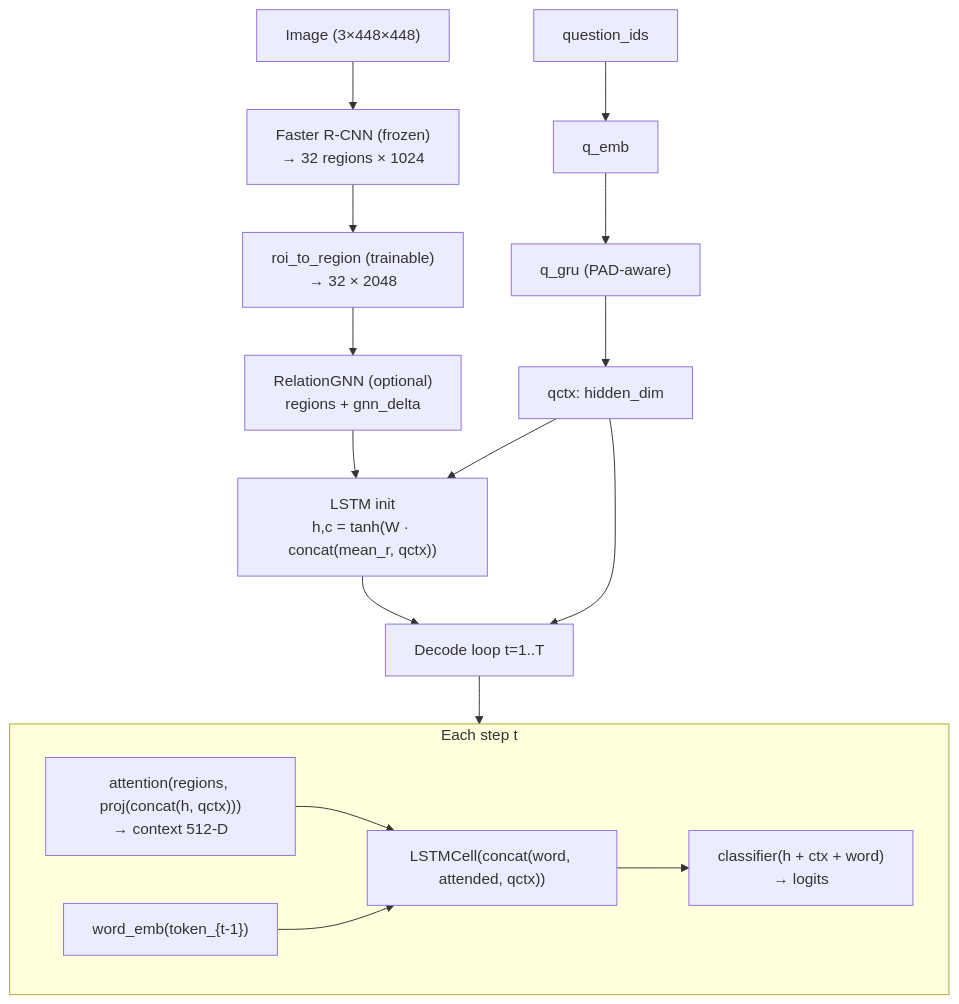
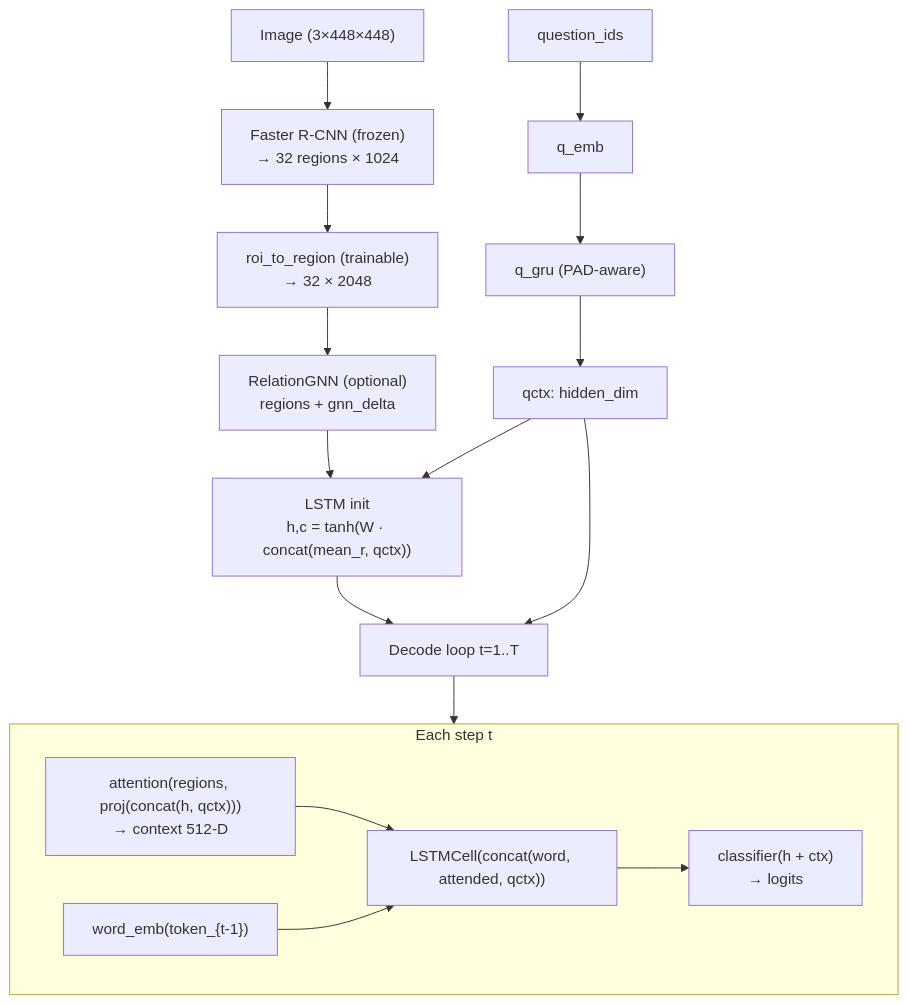
One commit to MahdiRuzmeh/ImageCaptioningImprovedVisualQuestionAnswering changed the second of 3 diagrams in architecture/ARCHITECTURE.en.md. Above: the diagram before and after it, drawn with Mermaid. The commit also changed 3 other files, not shown here.

````diff
--- a/architecture/ARCHITECTURE.en.md
+++ b/architecture/ARCHITECTURE.en.md
@@ -72,29 +72,29 @@
 ```mermaid
 flowchart TB
     IMG["Image (3×448×448)"]
     FRCNN["Faster R-CNN (frozen)\n→ 32 regions × 1024"]
     ROI["roi_to_region (trainable)\n→ 32 × 2048"]
     GNN["RelationGNN (optional)\nregions + gnn_delta"]
     INIT["LSTM init\nh,c = tanh(W · concat(mean_r, qctx))"]
     Q["question_ids"]
     QEMB["q_emb"]
     QGRU["q_gru (PAD-aware)"]
     QCTX["qctx: hidden_dim"]
     LOOP["Decode loop t=1..T"]
 
     IMG --> FRCNN --> ROI --> GNN --> INIT --> LOOP
     Q --> QEMB --> QGRU --> QCTX --> INIT
     QCTX --> LOOP
 
     subgraph LOOP_DETAIL["Each step t"]
         ATT["attention(regions, proj(concat(h, qctx)))\n→ context 512-D"]
         WE["word_emb(token_{t-1})"]
         LSTM["LSTMCell(concat(word, attended, qctx))"]
-        OUT["classifier(h + ctx + word)\n→ logits"]
+        OUT["classifier(h + ctx)\n→ logits"]
         ATT --> LSTM
         WE --> LSTM
         LSTM --> OUT
     end
 
     LOOP --> LOOP_DETAIL
 ```
````
